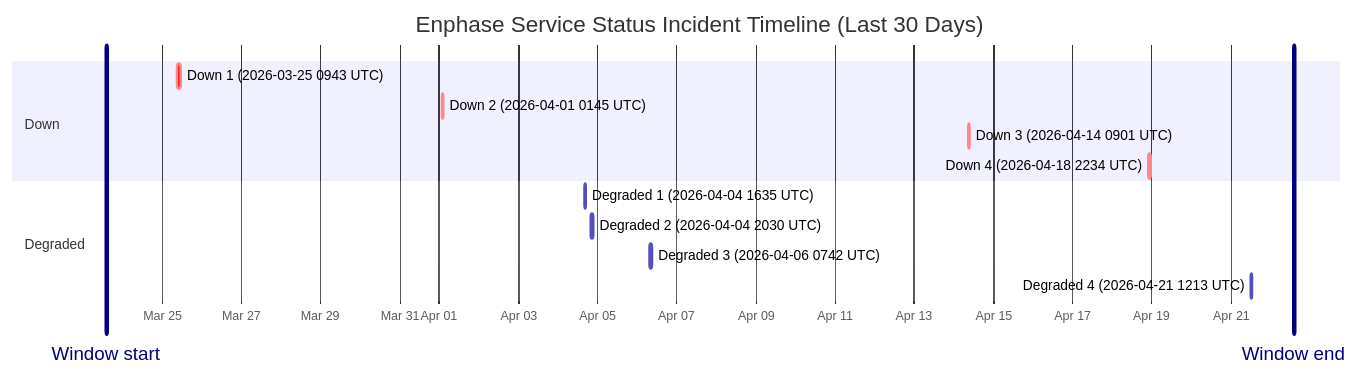
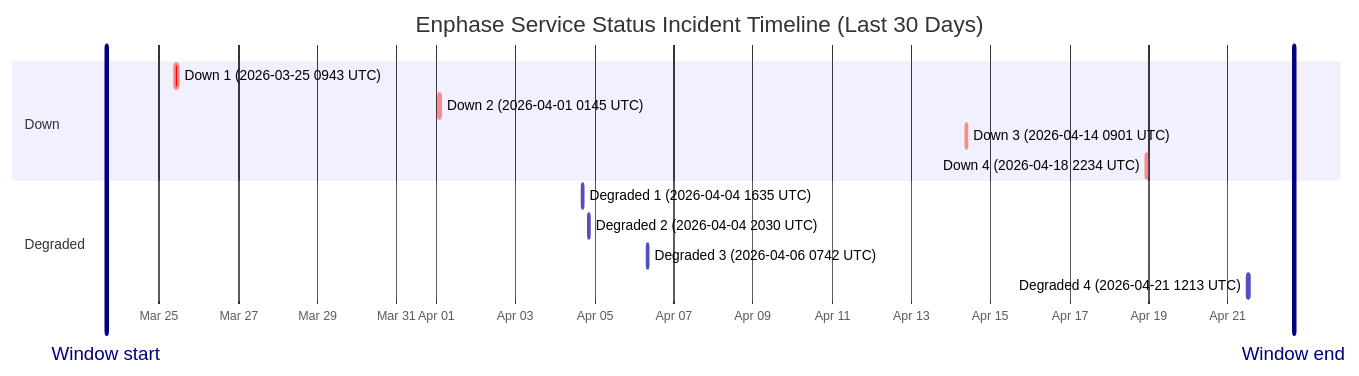
One commit to barneyonline/ha-enphase-ev-charger changed the diagram in wiki/Service-Status-History.md. Above: the diagram before and after it, drawn with Mermaid. The commit also changed other lines of this file and 3 other files, not shown here.

````diff
--- a/wiki/Service-Status-History.md
+++ b/wiki/Service-Status-History.md
@@ -14,18 +14,18 @@
 ```mermaid
 gantt
     title Enphase Service Status Incident Timeline (Last 30 Days)
     dateFormat  YYYY-MM-DDTHH:mm:ss
     axisFormat  %b %d
-    Window start :vert, window-start, 2026-03-23T14:14:35, 0ms
-    Window end :vert, window-end, 2026-04-22T14:14:35, 0ms
+    Window start :vert, window-start, 2026-03-23T15:53:57, 0ms
+    Window end :vert, window-end, 2026-04-22T15:53:57, 0ms
     section Down
     Down 1 (2026-03-25 0943 UTC) :crit, down-1, 2026-03-25T09:43:28, 111m
     Down 2 (2026-04-01 0145 UTC) :crit, down-2, 2026-04-01T01:45:09, 60m
     Down 3 (2026-04-14 0901 UTC) :crit, down-3, 2026-04-14T09:01:13, 60m
     Down 4 (2026-04-18 2234 UTC) :crit, down-4, 2026-04-18T22:34:13, 60m
     section Degraded
     Degraded 1 (2026-04-04 1635 UTC) :active, degraded-1, 2026-04-04T16:35:17, 60m
     Degraded 2 (2026-04-04 2030 UTC) :active, degraded-2, 2026-04-04T20:30:40, 60m
     Degraded 3 (2026-04-06 0742 UTC) :active, degraded-3, 2026-04-06T07:42:09, 85m
     Degraded 4 (2026-04-21 1213 UTC) :active, degraded-4, 2026-04-21T12:13:11, 60m
 ```
````
